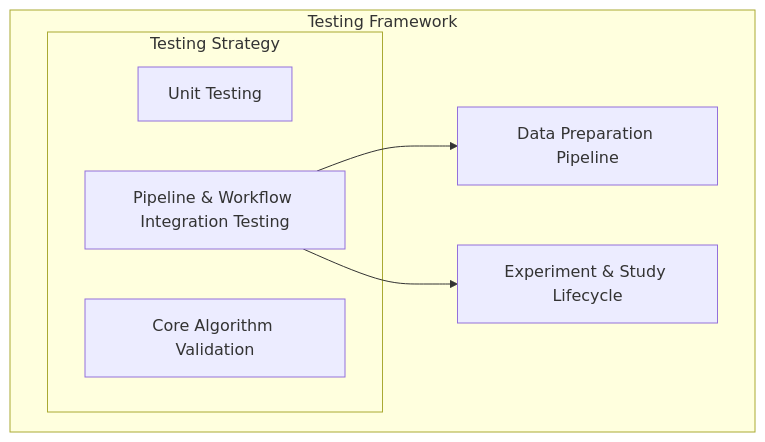
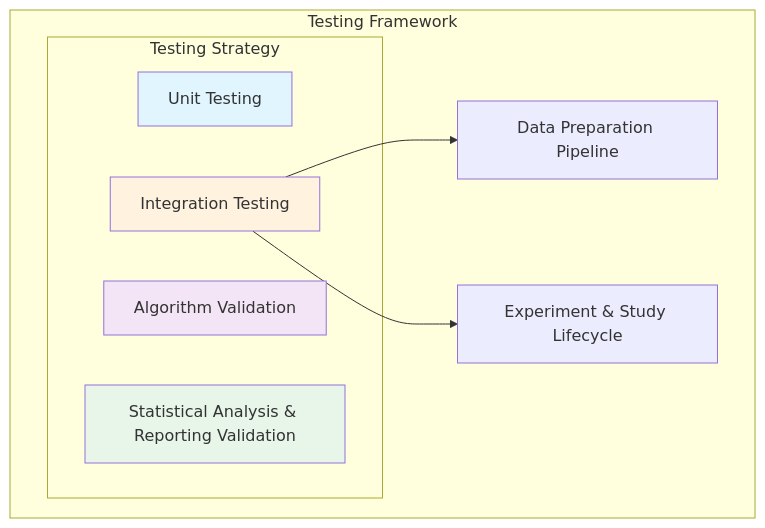
One commit to peterjmarko/llm-narrative-framework changed the diagram in docs/diagrams/test_strategy_overview.mmd. Above: the diagram before and after it, drawn with Mermaid. The commit also changed 9 other files, not shown here.

First line of the commit message:
feat(testing): enhance testing framework with 4-pillar architecture and improved assembly logic workflow

```diff
--- a/docs/diagrams/test_strategy_overview.mmd
+++ b/docs/diagrams/test_strategy_overview.mmd
@@ -1,11 +1,17 @@
 graph TD
     subgraph Testing Framework
         subgraph Testing Strategy
             A[Unit Testing]
-            B[Core Algorithm Validation]
-            C[Pipeline & Workflow Integration Testing]
+            B[Integration Testing]
+            C[Algorithm Validation]
+            D[Statistical Analysis & Reporting Validation]
         end
 
-        C --> C1[Data Preparation Pipeline]
-        C --> C2[Experiment & Study Lifecycle]
+        B --> B1[Data Preparation Pipeline]
+        B --> B2[Experiment & Study Lifecycle]
     end
+
+    style A fill:#e1f5ff
+    style B fill:#fff3e0
+    style C fill:#f3e5f5
+    style D fill:#e8f5e9
```
